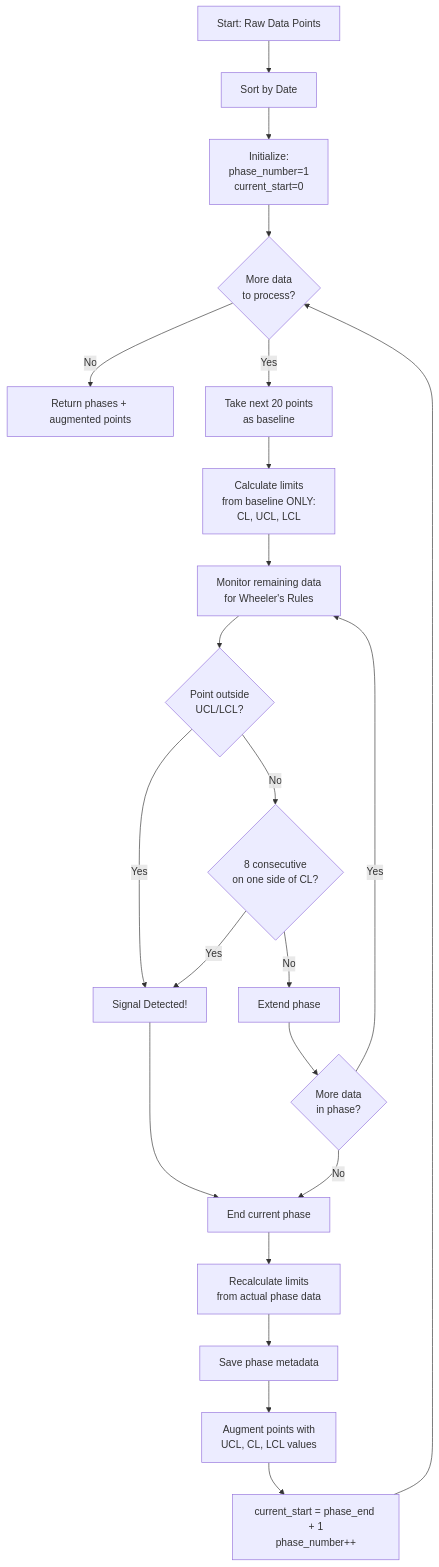
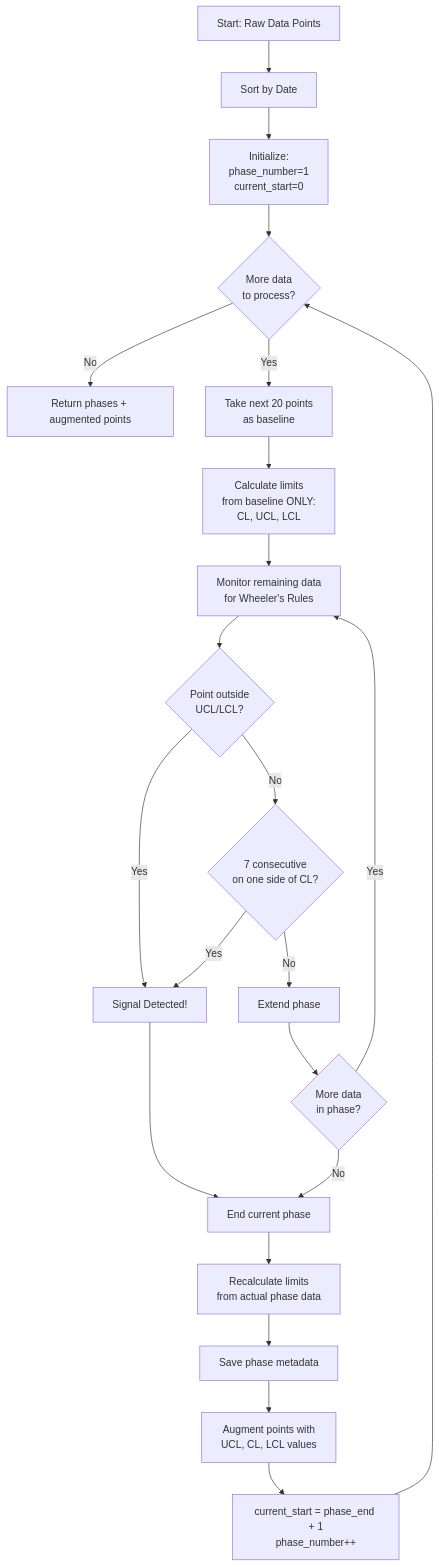
The sixth of 11 diagrams in ARCHITECTURE.md (Anteros79/SPC-Station-Health-Charts), drawn with Mermaid before and after one commit. The commit also changed other lines of this file and 15 other files, not shown here.

First line of the commit message:
v1.5: Chart grouping improvements and point-specific signal detection

````diff
--- a/ARCHITECTURE.md
+++ b/ARCHITECTURE.md
@@ -225,29 +226,29 @@
 ```mermaid
 flowchart TD
     Start[Start: Raw Data Points] --> Sort[Sort by Date]
     Sort --> Init[Initialize:<br/>phase_number=1<br/>current_start=0]
     Init --> CheckRemaining{More data<br/>to process?}
     
     CheckRemaining -->|No| End[Return phases + augmented points]
     CheckRemaining -->|Yes| Baseline[Take next 20 points<br/>as baseline]
     
     Baseline --> CalcBaseline[Calculate limits<br/>from baseline ONLY:<br/>CL, UCL, LCL]
     CalcBaseline --> Monitor[Monitor remaining data<br/>for Wheeler's Rules]
     
     Monitor --> Rule1{Point outside<br/>UCL/LCL?}
     Rule1 -->|Yes| Signal[Signal Detected!]
-    Rule1 -->|No| Rule4{8 consecutive<br/>on one side of CL?}
+    Rule1 -->|No| Rule4{7 consecutive<br/>on one side of CL?}
     Rule4 -->|Yes| Signal
     Rule4 -->|No| ContinuePhase[Extend phase]
     
     ContinuePhase --> MoreData{More data<br/>in phase?}
     MoreData -->|Yes| Monitor
     MoreData -->|No| EndPhase
     
     Signal --> EndPhase[End current phase]
     EndPhase --> Recalc[Recalculate limits<br/>from actual phase data]
     Recalc --> SavePhase[Save phase metadata]
     SavePhase --> Augment[Augment points with<br/>UCL, CL, LCL values]
     Augment --> Increment[current_start = phase_end + 1<br/>phase_number++]
     Increment --> CheckRemaining
 ```
````
